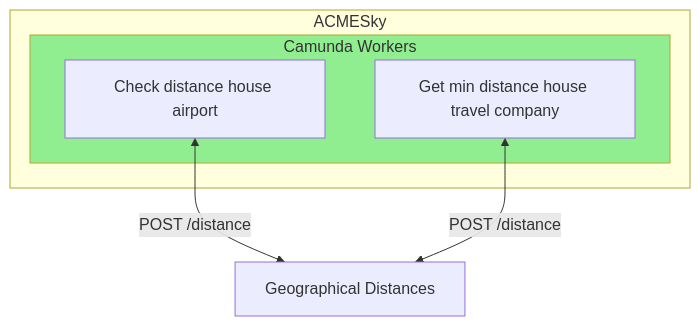
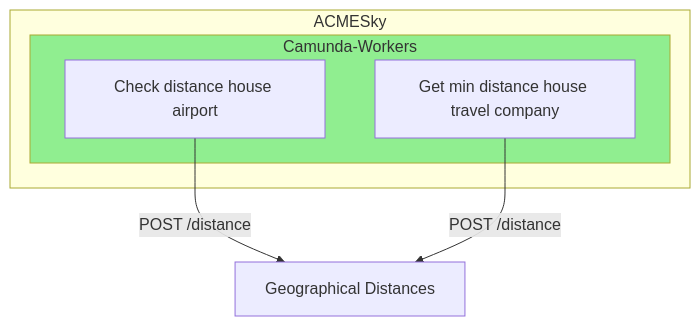
The sixth of 8 diagrams in docs/implementazione/acmesky.md (sosengers/project-documentation), drawn with Mermaid before and after one commit. The commit also changed other lines of this file and 17 other files, not shown here.

Commit message:
Modificati diagrammi

````diff
--- a/docs/implementazione/acmesky.md
+++ b/docs/implementazione/acmesky.md
@@ -163,14 +163,14 @@
 ```mermaid
 graph TD
-CW1 <-->|POST /distance| GD[Geographical Distances]
-CW2 <-->|POST /distance| GD[Geographical Distances]
+CW1 -->|POST /distance| GD[Geographical Distances]
+CW2 -->|POST /distance| GD[Geographical Distances]
 
 subgraph ACMESky
-subgraph Camunda-Workers[Camunda Workers]
+subgraph Camunda-Workers
 CW1[Check distance house airport]
 CW2[Get min distance house travel company]
 end
 end
 
 style Camunda-Workers fill:#90EE90
 ```
````
